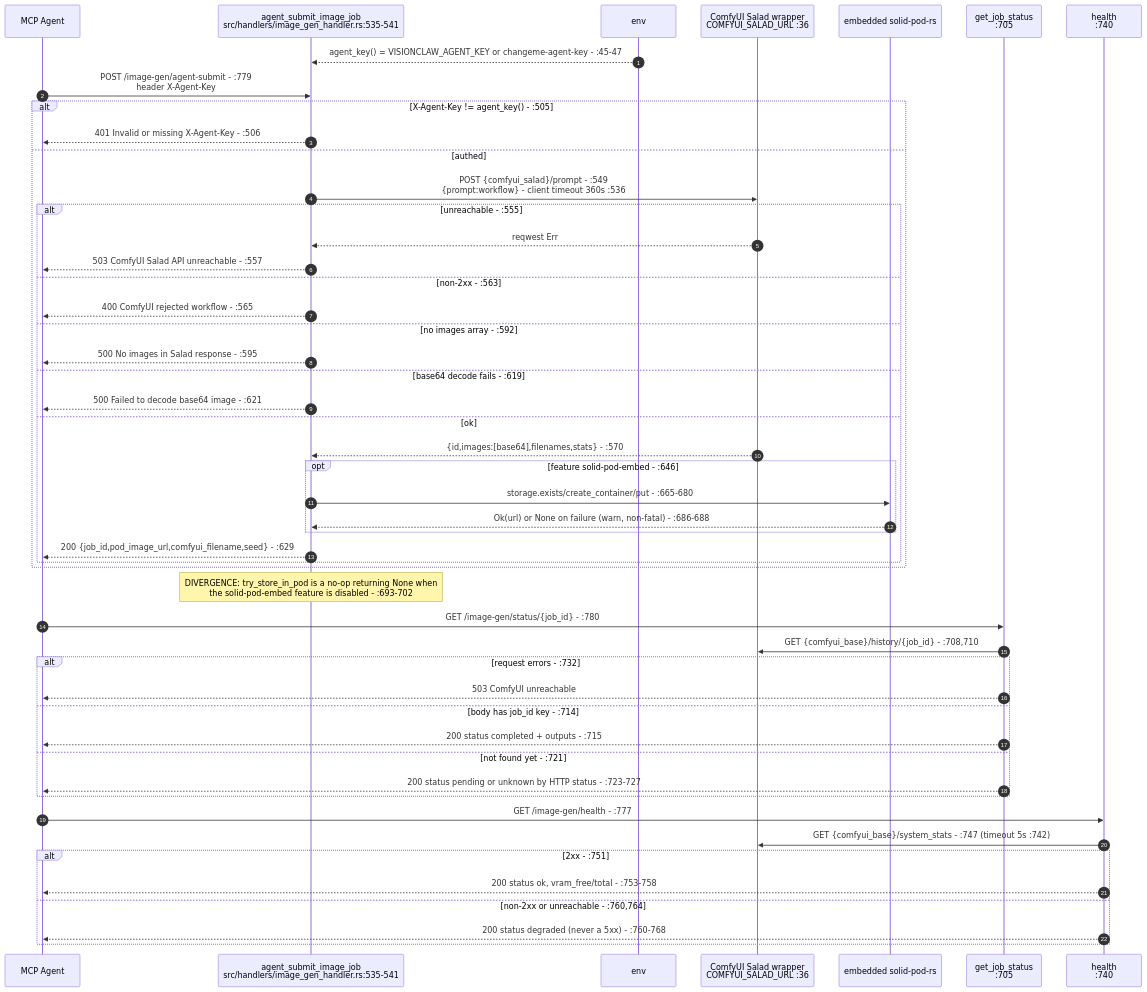
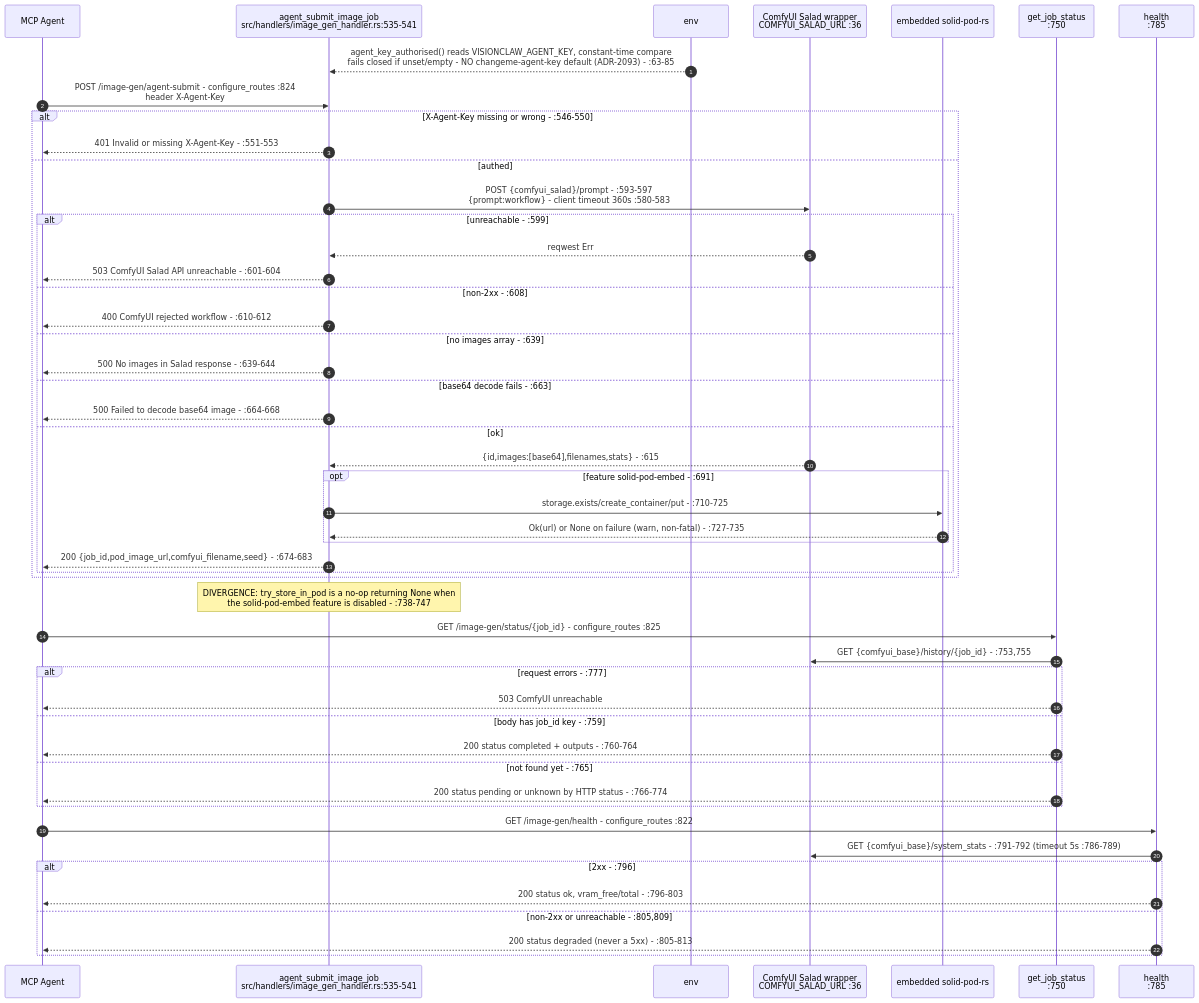
Before and after one commit to DreamLab-AI/VisionFlow: the fifth of 9 diagrams in docs/diagrams/visionclaw/28-external-services.md, drawn with Mermaid. The commit also changed other lines of this file and 52 other files, not shown here.

First line of the commit message:
docs(diagrams): wave 3 checkpoint — bare line refs resolved, revision-pinned cite-check, VC-05/AB-01..13 re-attested

````diff
--- a/docs/diagrams/visionclaw/28-external-services.md
+++ b/docs/diagrams/visionclaw/28-external-services.md
@@ -216,56 +216,56 @@
 ```mermaid
 sequenceDiagram
     autonumber
     participant A as MCP Agent
     participant AS as agent_submit_image_job<br/>src/handlers/image_gen_handler.rs:535-541
     participant ENV as env
     participant SAL as ComfyUI Salad wrapper<br/>COMFYUI_SALAD_URL :36
     participant POD as embedded solid-pod-rs
 
-    ENV-->>AS: agent_key() = VISIONCLAW_AGENT_KEY or changeme-agent-key - :45-47
-    A->>AS: POST /image-gen/agent-submit - :779<br/>header X-Agent-Key
-    alt X-Agent-Key != agent_key() - :505
-        AS-->>A: 401 Invalid or missing X-Agent-Key - :506
+    ENV-->>AS: agent_key_authorised() reads VISIONCLAW_AGENT_KEY, constant-time compare<br/>fails closed if unset/empty - NO changeme-agent-key default (ADR-2093) - :63-85
+    A->>AS: POST /image-gen/agent-submit - configure_routes :824<br/>header X-Agent-Key
+    alt X-Agent-Key missing or wrong - :546-550
+        AS-->>A: 401 Invalid or missing X-Agent-Key - :551-553
     else authed
-        AS->>SAL: POST {comfyui_salad}/prompt - :549<br/>{prompt:workflow} - client timeout 360s :536
-        alt unreachable - :555
+        AS->>SAL: POST {comfyui_salad}/prompt - :593-597<br/>{prompt:workflow} - client timeout 360s :580-583
+        alt unreachable - :599
             SAL-->>AS: reqwest Err
-            AS-->>A: 503 ComfyUI Salad API unreachable - :557
-        else non-2xx - :563
-            AS-->>A: 400 ComfyUI rejected workflow - :565
-        else no images array - :592
-            AS-->>A: 500 No images in Salad response - :595
-        else base64 decode fails - :619
-            AS-->>A: 500 Failed to decode base64 image - :621
+            AS-->>A: 503 ComfyUI Salad API unreachable - :601-604
+        else non-2xx - :608
+            AS-->>A: 400 ComfyUI rejected workflow - :610-612
+        else no images array - :639
+            AS-->>A: 500 No images in Salad response - :639-644
+        else base64 decode fails - :663
+            AS-->>A: 500 Failed to decode base64 image - :664-668
         else ok
-            SAL-->>AS: {id,images:[base64],filenames,stats} - :570
-            opt feature solid-pod-embed - :646
-                AS->>POD: storage.exists/create_container/put - :665-680
-                POD-->>AS: Ok(url) or None on failure (warn, non-fatal) - :686-688
+            SAL-->>AS: {id,images:[base64],filenames,stats} - :615
+            opt feature solid-pod-embed - :691
+                AS->>POD: storage.exists/create_container/put - :710-725
+                POD-->>AS: Ok(url) or None on failure (warn, non-fatal) - :727-735
             end
-            AS-->>A: 200 {job_id,pod_image_url,comfyui_filename,seed} - :629
+            AS-->>A: 200 {job_id,pod_image_url,comfyui_filename,seed} - :674-683
         end
     end
 
-    Note over AS: DIVERGENCE: try_store_in_pod is a no-op returning None when<br/>the solid-pod-embed feature is disabled - :693-702
+    Note over AS: DIVERGENCE: try_store_in_pod is a no-op returning None when<br/>the solid-pod-embed feature is disabled - :738-747
 
-    participant GJ as get_job_status<br/>:705
-    A->>GJ: GET /image-gen/status/{job_id} - :780
-    GJ->>SAL: GET {comfyui_base}/history/{job_id} - :708,710
-    alt request errors - :732
+    participant GJ as get_job_status<br/>:750
+    A->>GJ: GET /image-gen/status/{job_id} - configure_routes :825
+    GJ->>SAL: GET {comfyui_base}/history/{job_id} - :753,755
+    alt request errors - :777
         GJ-->>A: 503 ComfyUI unreachable
-    else body has job_id key - :714
-        GJ-->>A: 200 status completed + outputs - :715
-    else not found yet - :721
-        GJ-->>A: 200 status pending or unknown by HTTP status - :723-727
+    else body has job_id key - :759
+        GJ-->>A: 200 status completed + outputs - :760-764
+    else not found yet - :765
+        GJ-->>A: 200 status pending or unknown by HTTP status - :766-774
     end
 
-    participant HL as health<br/>:740
-    A->>HL: GET /image-gen/health - :777
-    HL->>SAL: GET {comfyui_base}/system_stats - :747 (timeout 5s :742)
-    alt 2xx - :751
-        HL-->>A: 200 status ok, vram_free/total - :753-758
-    else non-2xx or unreachable - :760,764
-        HL-->>A: 200 status degraded (never a 5xx) - :760-768
+    participant HL as health<br/>:785
+    A->>HL: GET /image-gen/health - configure_routes :822
+    HL->>SAL: GET {comfyui_base}/system_stats - :791-792 (timeout 5s :786-789)
+    alt 2xx - :796
+        HL-->>A: 200 status ok, vram_free/total - :796-803
+    else non-2xx or unreachable - :805,809
+        HL-->>A: 200 status degraded (never a 5xx) - :805-813
     end
 ```
````
